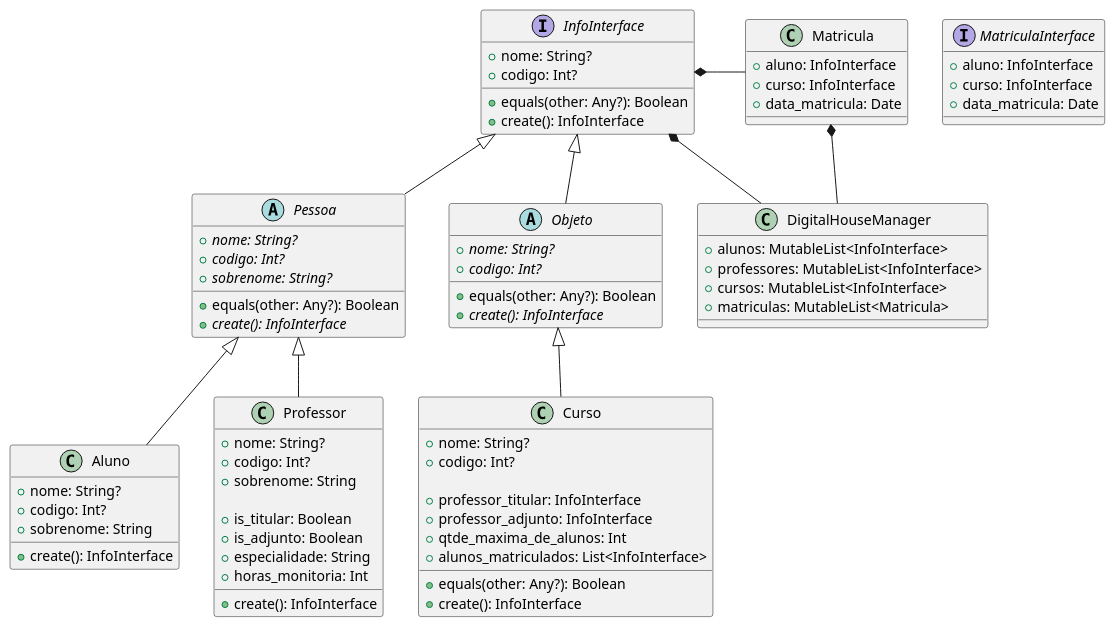
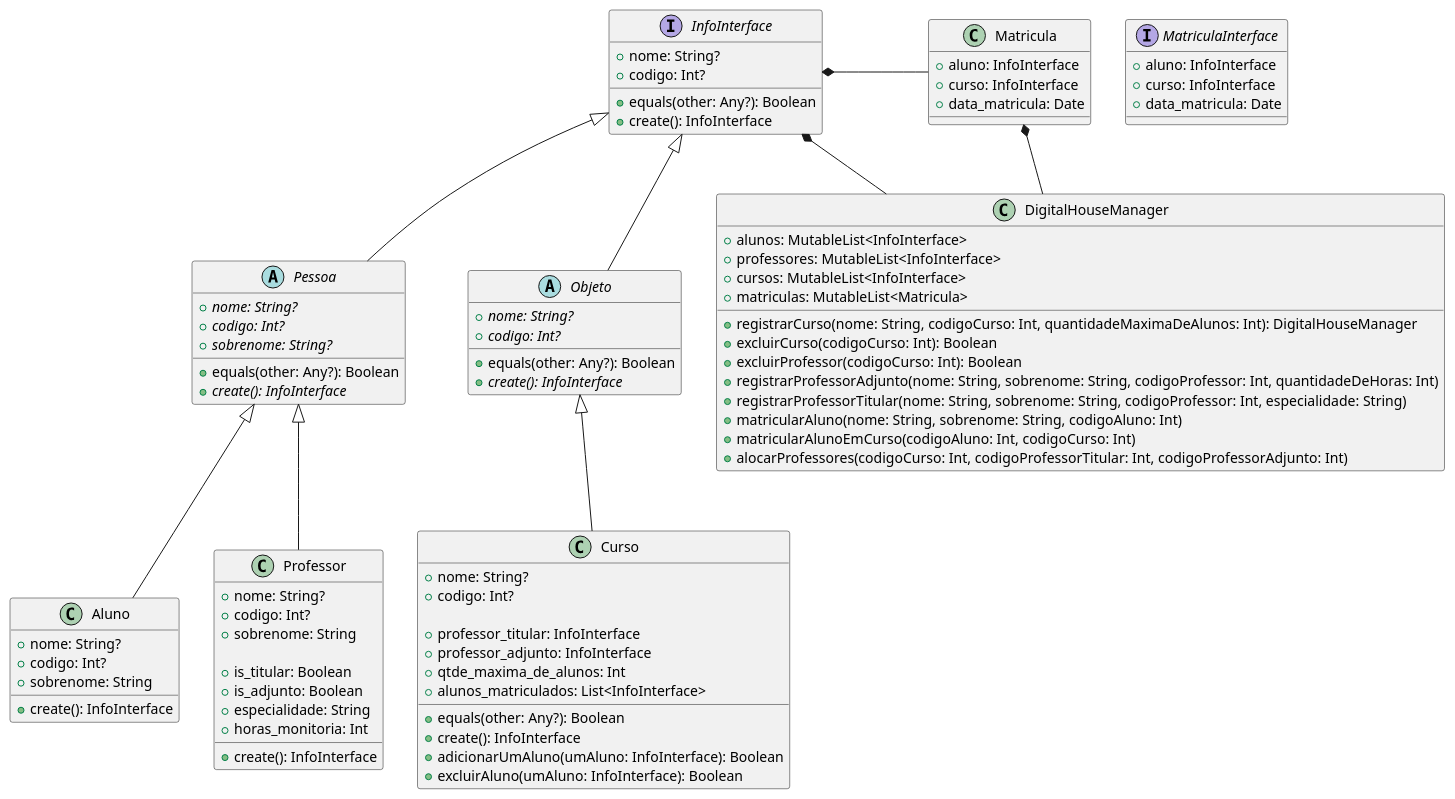
The diagram in docs/class.puml (giovani-dev/Sistema-Escolar), drawn with PlantUML before and after one commit.

Commit message:
Entregua trabalho

```diff
--- a/docs/class.puml
+++ b/docs/class.puml
@@ -1,93 +1,104 @@
 @startuml
 
 interface InfoInterface {
     + nome: String?
     + codigo: Int?
 
     + equals(other: Any?): Boolean
     + create(): InfoInterface
 }
 
 abstract Pessoa {
     + {abstract} nome: String?
     + {abstract} codigo: Int?
     + {abstract} sobrenome: String?
 
     + equals(other: Any?): Boolean
     + {abstract} create(): InfoInterface
 }
 
 class Aluno {
     + nome: String?
     + codigo: Int?
     + sobrenome: String
     + create(): InfoInterface
 }
 
 InfoInterface <|-- Pessoa
 Pessoa <|-- Aluno
 
 abstract Objeto {
     + {abstract} nome: String?
     + {abstract} codigo: Int?
 
     + equals(other: Any?): Boolean
     + {abstract} create(): InfoInterface
 }
 
 class Curso {
     + nome: String?
     + codigo: Int?
 
     + professor_titular: InfoInterface
     + professor_adjunto: InfoInterface
     + qtde_maxima_de_alunos: Int
     + alunos_matriculados: List<InfoInterface>
 
     + equals(other: Any?): Boolean
     + create(): InfoInterface
+    + adicionarUmAluno(umAluno: InfoInterface): Boolean
+    + excluirAluno(umAluno: InfoInterface): Boolean
 }
 
 InfoInterface <|-- Objeto
 Objeto <|-- Curso
 
 class Professor {
     + nome: String?
     + codigo: Int?
     + sobrenome: String
 
     + is_titular: Boolean
     + is_adjunto: Boolean
     + especialidade: String
     + horas_monitoria: Int
 
     + create(): InfoInterface
 }
 
 Pessoa <|-- Professor
 
 interface MatriculaInterface {
     + aluno: InfoInterface
     + curso: InfoInterface
     + data_matricula: Date
 }
 
 class Matricula {
     + aluno: InfoInterface
     + curso: InfoInterface
     + data_matricula: Date
 }
 
 class DigitalHouseManager {
     + alunos: MutableList<InfoInterface>
     + professores: MutableList<InfoInterface>
     + cursos: MutableList<InfoInterface>
     + matriculas: MutableList<Matricula>
+
+    + registrarCurso(nome: String, codigoCurso: Int, quantidadeMaximaDeAlunos: Int): DigitalHouseManager
+    + excluirCurso(codigoCurso: Int): Boolean
+    + excluirProfessor(codigoCurso: Int): Boolean
+    + registrarProfessorAdjunto(nome: String, sobrenome: String, codigoProfessor: Int, quantidadeDeHoras: Int)
+    + registrarProfessorTitular(nome: String, sobrenome: String, codigoProfessor: Int, especialidade: String)
+    + matricularAluno(nome: String, sobrenome: String, codigoAluno: Int)
+    + matricularAlunoEmCurso(codigoAluno: Int, codigoCurso: Int)
+    + alocarProfessores(codigoCurso: Int, codigoProfessorTitular: Int, codigoProfessorAdjunto: Int)
 }
 
 Matricula *-- DigitalHouseManager
 InfoInterface *-- DigitalHouseManager
 InfoInterface *- Matricula
 
 
 @enduml
```
